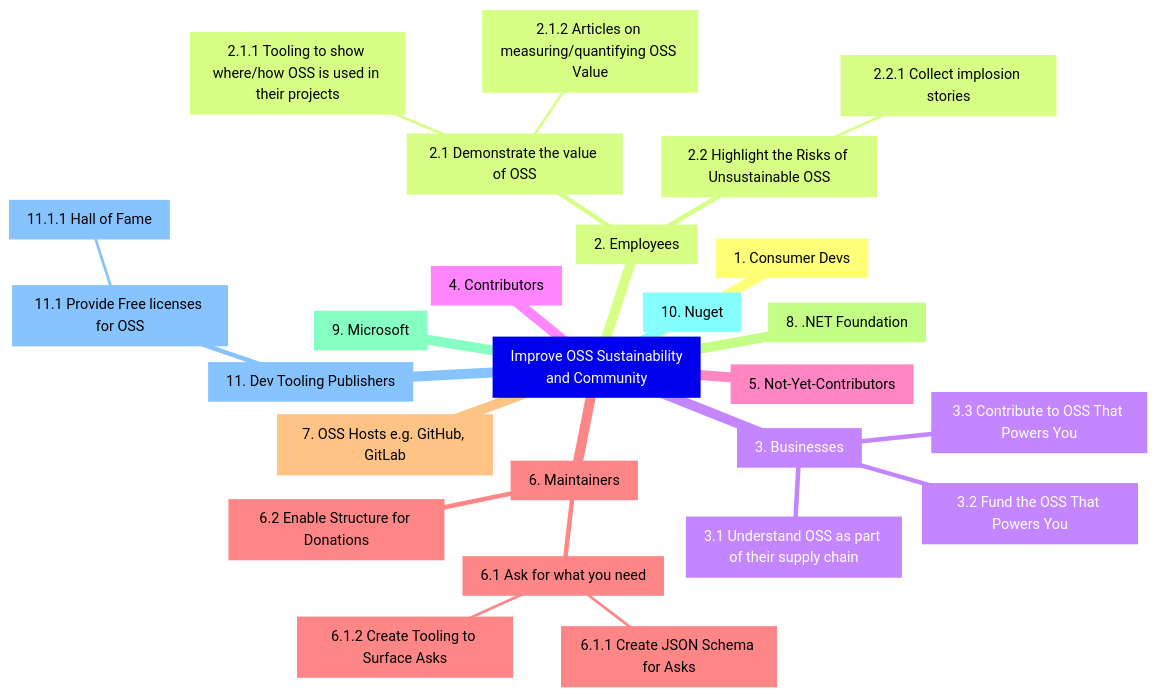
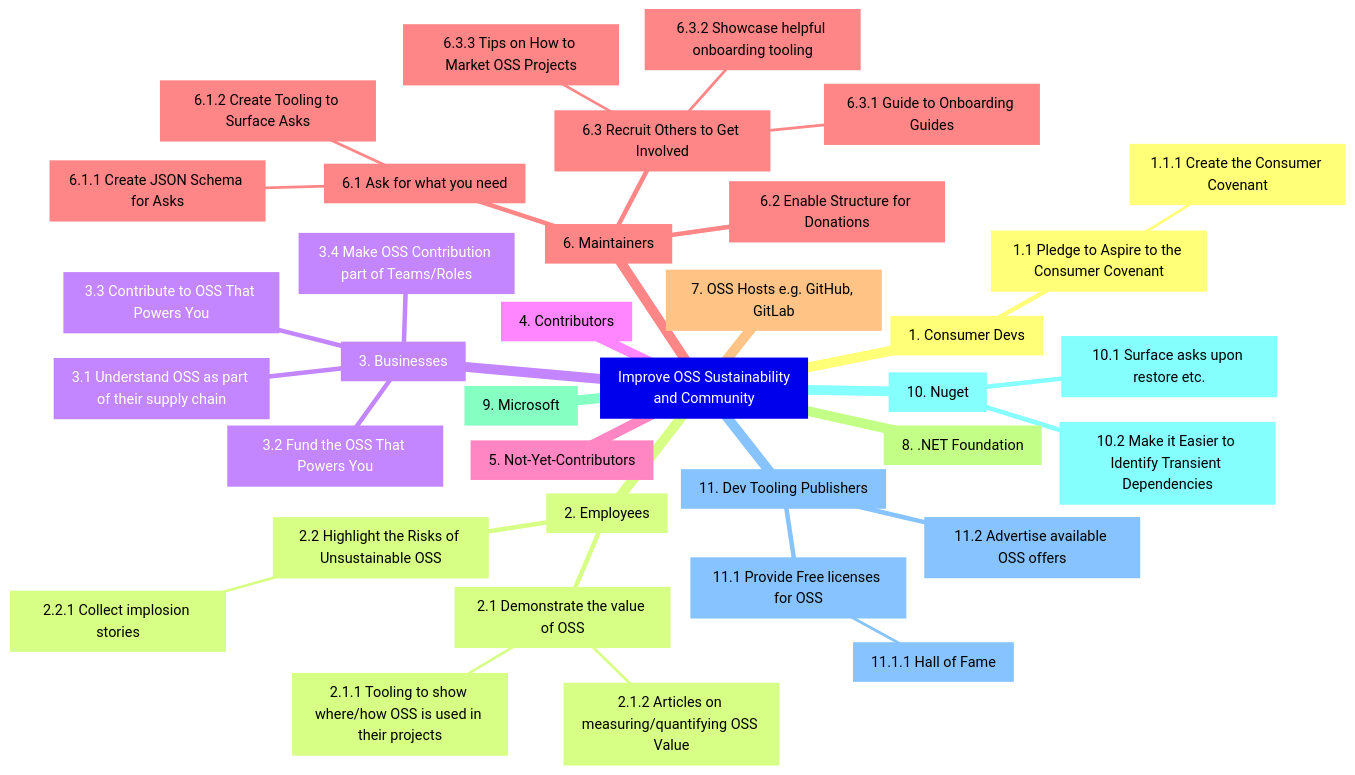
One commit to ossrich/home changed the diagram in ImpactMap.md. Above: the diagram before and after it, drawn with Mermaid.

````diff
--- a/ImpactMap.md
+++ b/ImpactMap.md
@@ -20,29 +20,39 @@
 ```mermaid
 mindmap
   root[Improve OSS Sustainability<br/>and Community]
     1[1. Consumer Devs]
+      1.1[1.1 Pledge to Aspire to the Consumer Covenant]
+        1.1.1[1.1.1 Create the Consumer Covenant]
     2[2. Employees]
       2.1[2.1 Demonstrate the value of OSS]
         2.1.1[2.1.1 Tooling to show where/how OSS is used in their projects]
         2.1.2[2.1.2 Articles on measuring/quantifying OSS Value]
       2.2[2.2 Highlight the Risks of Unsustainable OSS]
         2.2.1[2.2.1 Collect implosion stories]
     3[3. Businesses]
       3.1[3.1 Understand OSS as part of their supply chain]
       3.2[3.2 Fund the OSS That Powers You]
       3.3[3.3 Contribute to OSS That Powers You]
+      3.4[3.4 Make OSS Contribution part of Teams/Roles]
     4[4. Contributors]
     5[5. Not-Yet-Contributors]
     6[6. Maintainers]
       6.1[6.1 Ask for what you need]
         6.1.1[6.1.1 Create JSON Schema for Asks]
         6.1.2[6.1.2 Create Tooling to Surface Asks]
       6.2[6.2 Enable Structure for Donations]
+      6.3[6.3 Recruit Others to Get Involved]
+        6.3.1[6.3.1 Guide to Onboarding Guides]
+        6.3.2[6.3.2 Showcase helpful onboarding tooling]
+        6.3.3[6.3.3 Tips on How to Market OSS Projects]
     7[7. OSS Hosts e.g. GitHub, GitLab]
     8[8. .NET Foundation]
     9[9. Microsoft]
     10[10. Nuget]
+      10.1[10.1 Surface asks upon restore etc.]
+      10.2[10.2 Make it Easier to Identify Transient Dependencies]
     11[11. Dev Tooling Publishers]
       11.1[11.1 Provide Free licenses for OSS]
         11.1.1[11.1.1 Hall of Fame]
+      11.2[11.2 Advertise available OSS offers]
 ```
````
